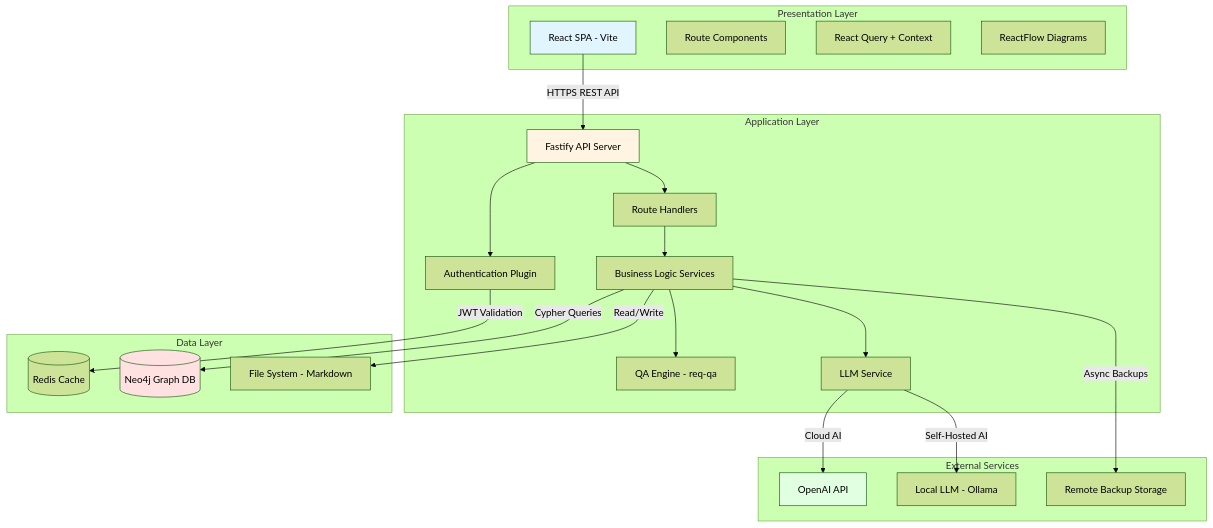
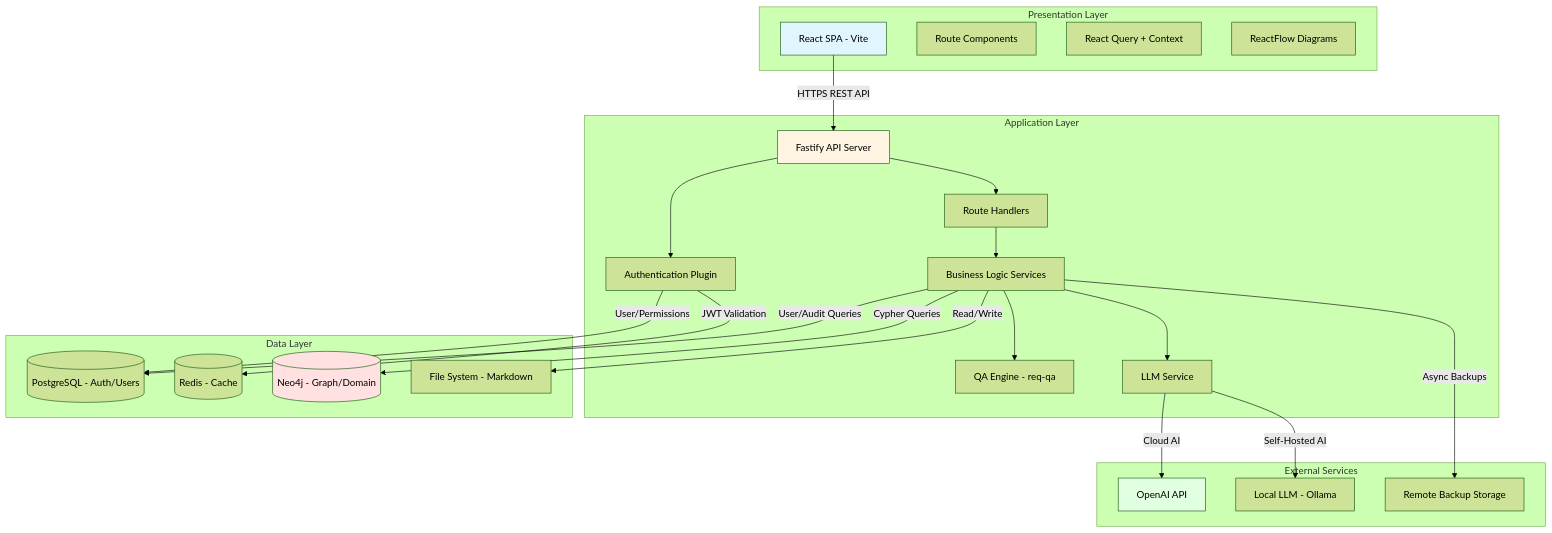
The first of 9 diagrams in DESIGN_DESCRIPTION.md (Hollando78/airgen), drawn with Mermaid (forest theme) before and after one commit. The commit also changed other lines of this file, not shown here.

First line of the commit message:
docs: add PostgreSQL to data layer and architecture diagram

````diff
--- a/DESIGN_DESCRIPTION.md
+++ b/DESIGN_DESCRIPTION.md
@@ -49,48 +49,51 @@
 ```mermaid
 graph TB
     subgraph "Presentation Layer"
         UI[React SPA - Vite]
         Routes[Route Components]
         State[React Query + Context]
         Canvas[ReactFlow Diagrams]
     end
 
     subgraph "Application Layer"
         API[Fastify API Server]
         Auth[Authentication Plugin]
         Routes_API[Route Handlers]
         Services[Business Logic Services]
         QA[QA Engine - req-qa]
         LLM[LLM Service]
     end
 
     subgraph "Data Layer"
-        Neo4j[(Neo4j Graph DB)]
+        Postgres[(PostgreSQL - Auth/Users)]
+        Neo4j[(Neo4j - Graph/Domain)]
         FS[File System - Markdown]
-        Redis[(Redis Cache)]
+        Redis[(Redis - Cache)]
     end
 
     subgraph "External Services"
         OpenAI[OpenAI API]
         Local[Local LLM - Ollama]
         Backup[Remote Backup Storage]
     end
 
     UI -->|HTTPS REST API| API
     API --> Auth
+    Auth -->|User/Permissions| Postgres
     Auth -->|JWT Validation| Redis
     API --> Routes_API
     Routes_API --> Services
+    Services -->|User/Audit Queries| Postgres
     Services -->|Cypher Queries| Neo4j
     Services -->|Read/Write| FS
     Services --> QA
     Services --> LLM
     LLM -->|Cloud AI| OpenAI
     LLM -->|Self-Hosted AI| Local
     Services -->|Async Backups| Backup
 
     style UI fill:#e1f5ff
     style API fill:#fff4e1
     style Neo4j fill:#ffe1e1
     style OpenAI fill:#e1ffe1
 ```
````
